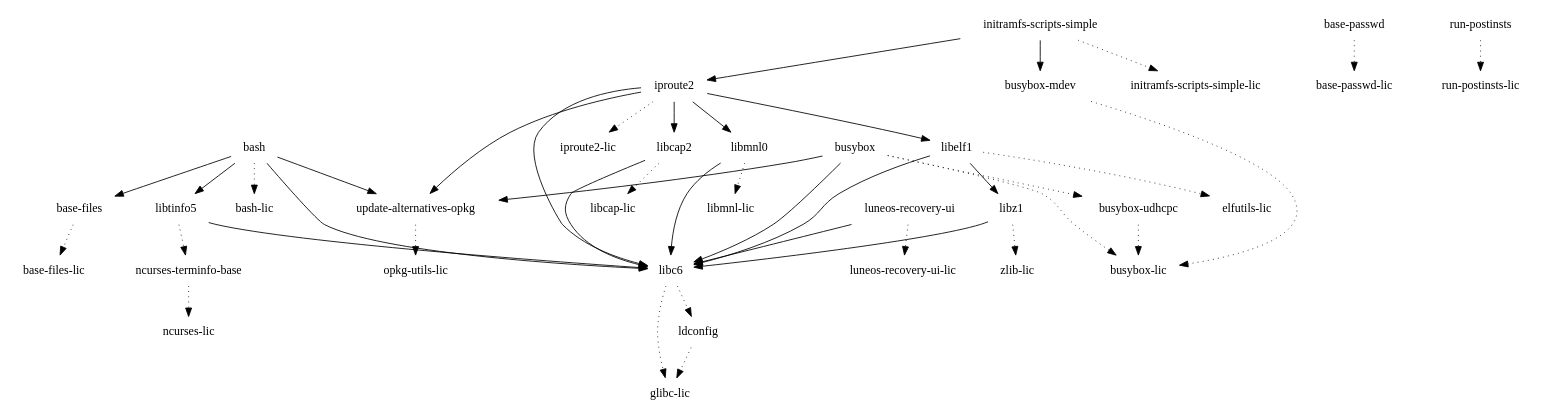
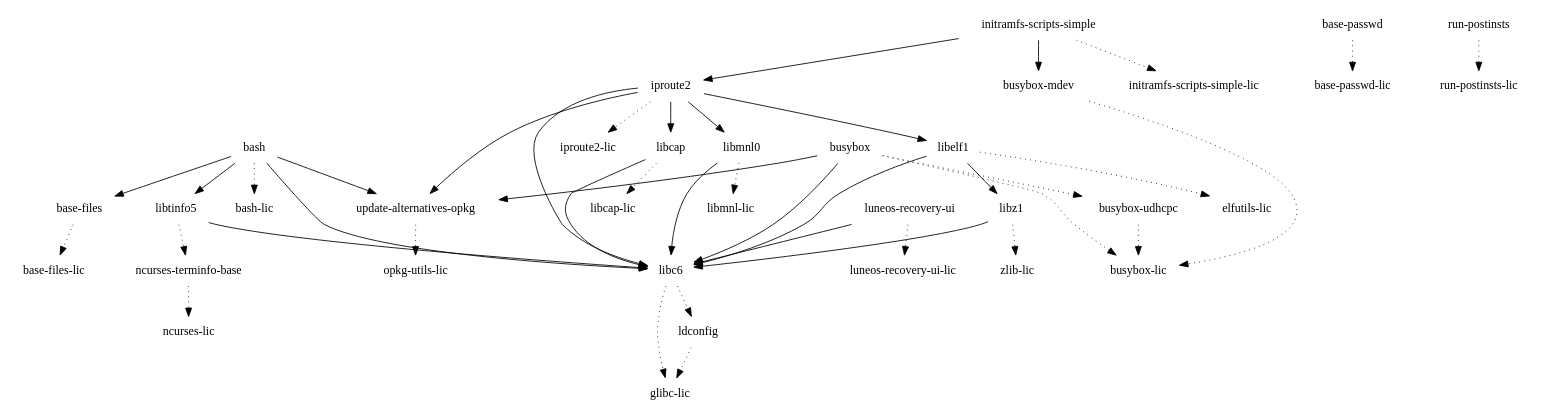
The diagram in images/pinephone/glibc/initramfs-uboot-image/depends-nokernel.dot (webOS-ports/buildhistory), drawn with Graphviz before and after one commit. The commit also changed 1181 other files, not shown here.

```diff
--- a/images/pinephone/glibc/initramfs-uboot-image/depends-nokernel.dot
+++ b/images/pinephone/glibc/initramfs-uboot-image/depends-nokernel.dot
@@ -1,44 +1,44 @@
 digraph depends {
     node [shape=plaintext]
 "base-files" -> "base-files-lic" [style=dotted]
 "base-passwd" -> "base-passwd-lic" [style=dotted]
 "bash" -> "base-files"
 "bash" -> "bash-lic" [style=dotted]
 "bash" -> "libc6"
 "bash" -> "libtinfo5"
 "bash" -> "update-alternatives-opkg"
 "busybox" -> "busybox-lic" [style=dotted]
 "busybox" -> "busybox-udhcpc" [style=dotted]
 "busybox" -> "libc6"
 "busybox-mdev" -> "busybox-lic" [style=dotted]
 "busybox-udhcpc" -> "busybox-lic" [style=dotted]
 "busybox" -> "update-alternatives-opkg"
 "initramfs-scripts-simple" -> "busybox-mdev"
 "initramfs-scripts-simple" -> "initramfs-scripts-simple-lic" [style=dotted]
 "initramfs-scripts-simple" -> "iproute2"
 "iproute2" -> "iproute2-lic" [style=dotted]
 "iproute2" -> "libc6"
-"iproute2" -> "libcap2"
+"iproute2" -> "libcap"
 "iproute2" -> "libelf1"
 "iproute2" -> "libmnl0"
 "iproute2" -> "update-alternatives-opkg"
 "ldconfig" -> "glibc-lic" [style=dotted]
 "libc6" -> "glibc-lic" [style=dotted]
 "libc6" -> "ldconfig" [style=dotted]
-"libcap2" -> "libc6"
-"libcap2" -> "libcap-lic" [style=dotted]
+"libcap" -> "libc6"
+"libcap" -> "libcap-lic" [style=dotted]
 "libelf1" -> "elfutils-lic" [style=dotted]
 "libelf1" -> "libc6"
 "libelf1" -> "libz1"
 "libmnl0" -> "libc6"
 "libmnl0" -> "libmnl-lic" [style=dotted]
 "libtinfo5" -> "libc6"
 "libtinfo5" -> "ncurses-terminfo-base" [style=dotted]
 "libz1" -> "libc6"
 "libz1" -> "zlib-lic" [style=dotted]
 "luneos-recovery-ui" -> "libc6"
 "luneos-recovery-ui" -> "luneos-recovery-ui-lic" [style=dotted]
 "ncurses-terminfo-base" -> "ncurses-lic" [style=dotted]
 "run-postinsts" -> "run-postinsts-lic" [style=dotted]
 "update-alternatives-opkg" -> "opkg-utils-lic" [style=dotted]
 }
```
